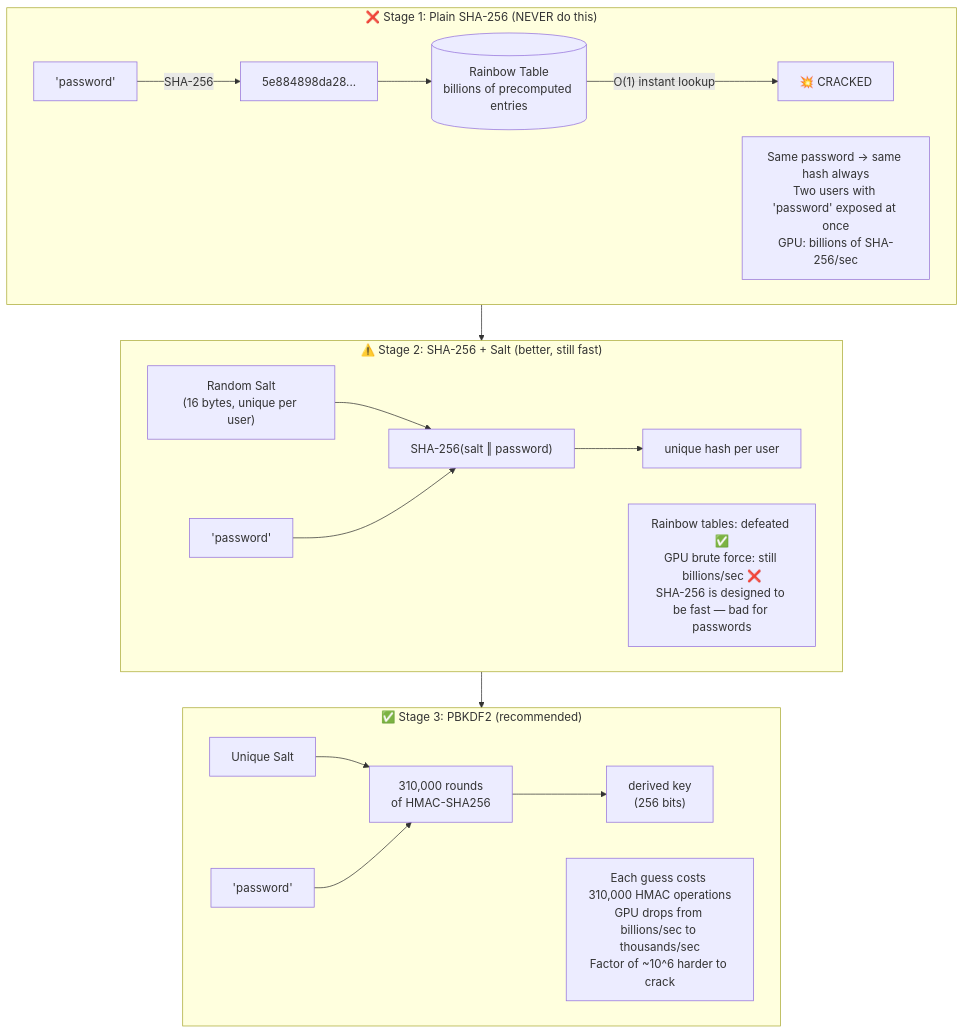
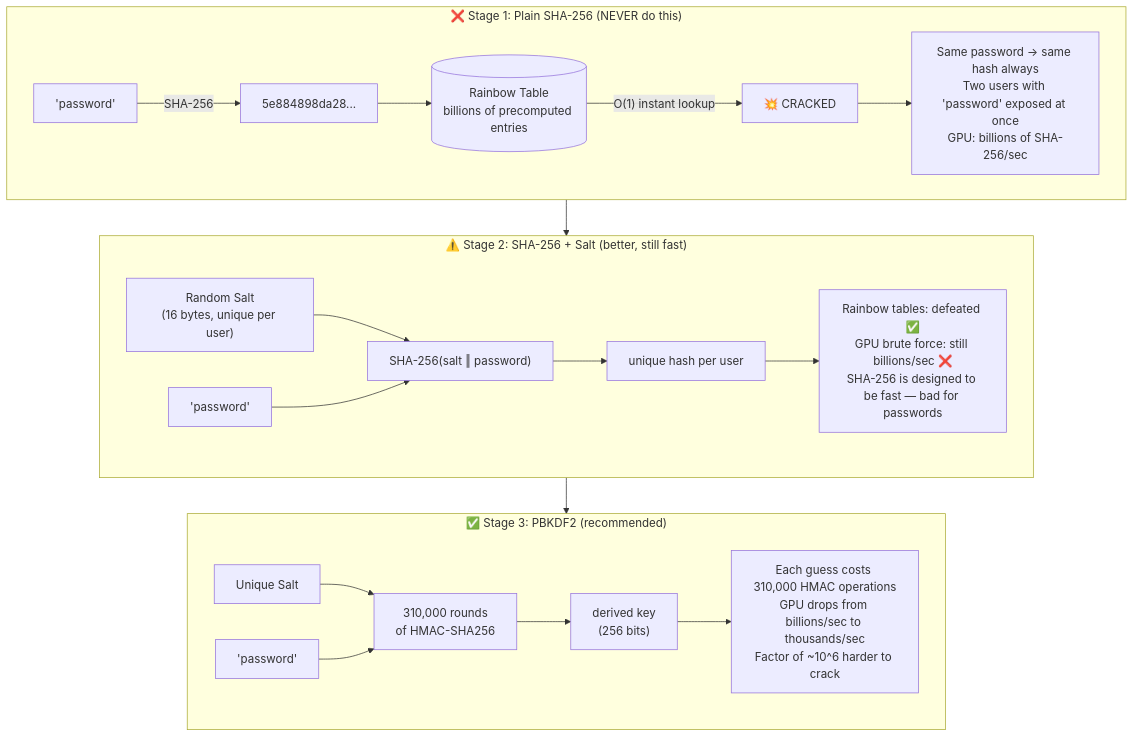
Before and after one commit to csoares/SecurityJava: the first of 4 diagrams in src/main/java/security/passwords/README.md, drawn with Mermaid. The commit also changed 8 other files, not shown here.

Commit message:
Enhance README with additional flowchart connections and clarifications for cryptographic concepts

````diff
--- a/src/main/java/security/passwords/README.md
+++ b/src/main/java/security/passwords/README.md
@@ -16,23 +16,23 @@
 ```mermaid
 flowchart TD
     subgraph Stage1 ["❌ Stage 1: Plain SHA-256  (NEVER do this)"]
         P1["'password'"] -->|"SHA-256"| H1["5e884898da28..."]
         H1 --> RT[("Rainbow Table<br/>billions of precomputed entries")]
         RT -->|"O(1) instant lookup"| CRACK1["💥 CRACKED"]
-        NOTE1["Same password → same hash always<br/>Two users with 'password' exposed at once<br/>GPU: billions of SHA-256/sec"]
+        CRACK1 --> NOTE1["Same password → same hash always<br/>Two users with 'password' exposed at once<br/>GPU: billions of SHA-256/sec"]
     end
 
     subgraph Stage2 ["⚠️ Stage 2: SHA-256 + Salt  (better, still fast)"]
         SALT2["Random Salt<br/>(16 bytes, unique per user)"] --> MIX["SHA-256(salt ‖ password)"]
         P2["'password'"] --> MIX --> H2["unique hash per user"]
-        NOTE2["Rainbow tables: defeated ✅<br/>GPU brute force: still billions/sec ❌<br/>SHA-256 is designed to be fast — bad for passwords"]
+        H2 --> NOTE2["Rainbow tables: defeated ✅<br/>GPU brute force: still billions/sec ❌<br/>SHA-256 is designed to be fast — bad for passwords"]
     end
 
     subgraph Stage3 ["✅ Stage 3: PBKDF2  (recommended)"]
         SALT3["Unique Salt"] --> SLOW["310,000 rounds<br/>of HMAC-SHA256"]
         P3["'password'"] --> SLOW --> H3["derived key<br/>(256 bits)"]
-        NOTE3["Each guess costs 310,000 HMAC operations<br/>GPU drops from billions/sec to thousands/sec<br/>Factor of ~10^6 harder to crack"]
+        H3 --> NOTE3["Each guess costs 310,000 HMAC operations<br/>GPU drops from billions/sec to thousands/sec<br/>Factor of ~10^6 harder to crack"]
     end
 
     Stage1 --> Stage2 --> Stage3
 ```
````
